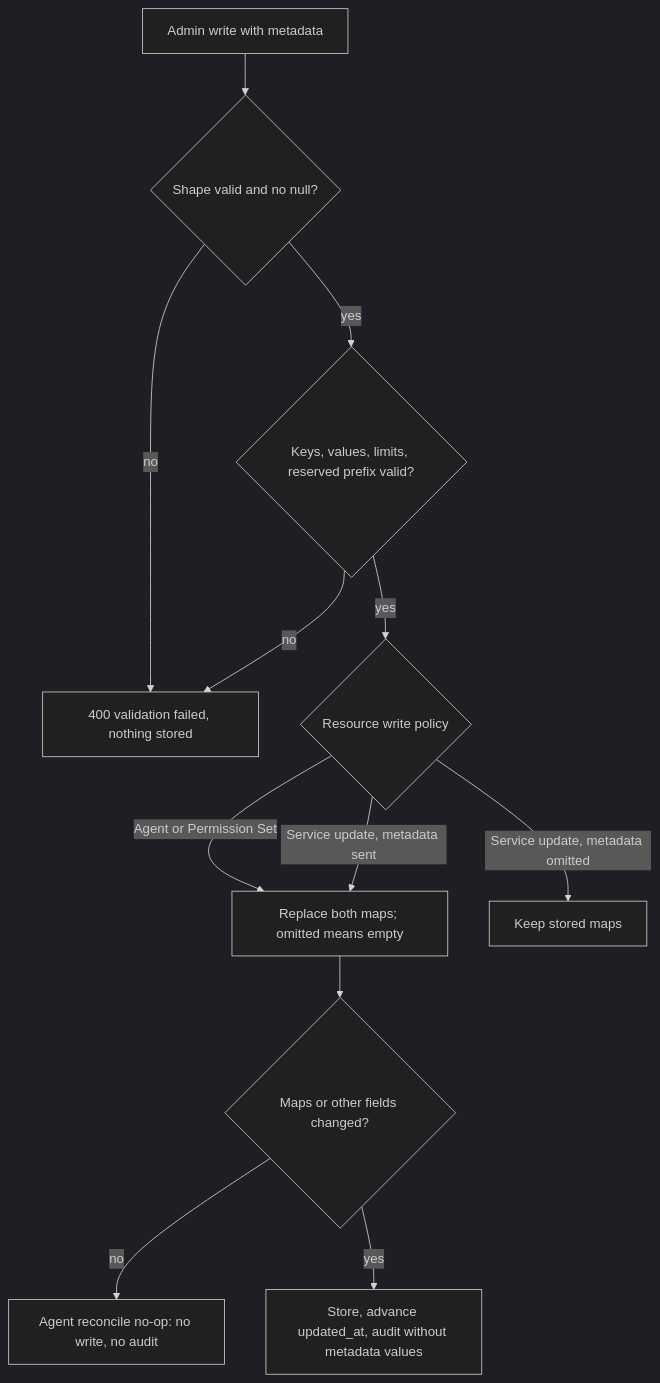
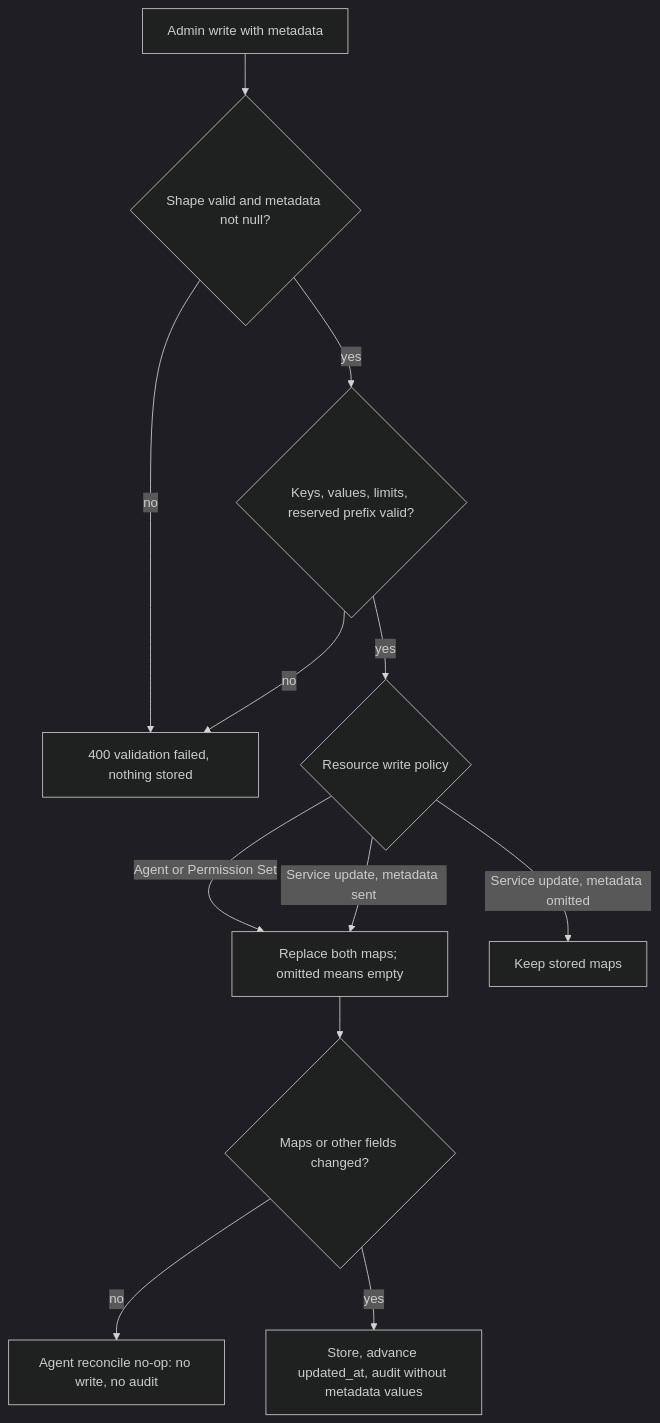
Before and after one commit to zalando-incubator/agentic-identity-broker: the second of 2 diagrams in specs/20261127-093439-object-labels-annotations/spec.md, drawn with Mermaid (dark theme). The commit also changed other lines of this file and 15 other files, not shown here.

First line of the commit message:
feat: accept null metadata maps, fold annotation key case, decode with json/v2

````diff
--- a/specs/20261127-093439-object-labels-annotations/spec.md
+++ b/specs/20261127-093439-object-labels-annotations/spec.md
@@ -502,14 +502,14 @@
 ```mermaid
 flowchart TD
-    A["Admin write with metadata"] --> B{"Shape valid and no null?"}
+    A["Admin write with metadata"] --> B{"Shape valid and metadata not null?"}
     B -- no --> X["400 validation failed, nothing stored"]
     B -- yes --> C{"Keys, values, limits, reserved prefix valid?"}
     C -- no --> X
     C -- yes --> D{"Resource write policy"}
     D -- "Agent or Permission Set" --> E["Replace both maps; omitted means empty"]
     D -- "Service update, metadata omitted" --> F["Keep stored maps"]
     D -- "Service update, metadata sent" --> E
     E --> G{"Maps or other fields changed?"}
     G -- no --> H["Agent reconcile no-op: no write, no audit"]
     G -- yes --> I["Store, advance updated_at, audit without metadata values"]
 ```
````
